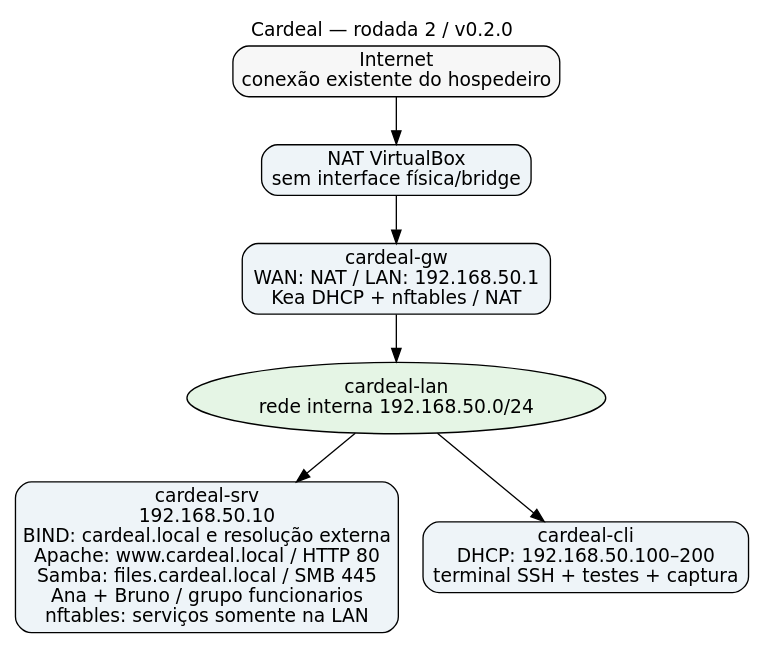
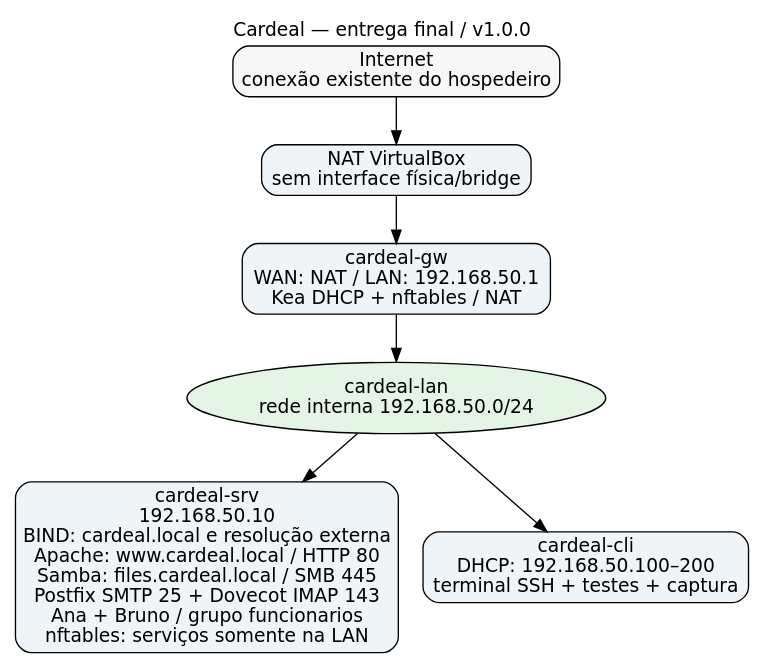
One commit to GabrielGalski/Redes changed the diagram in topologia/topologia.dot. Above: the diagram before and after it, drawn with Graphviz. The commit also changed 125 other files, not shown here.

```diff
--- a/topologia/topologia.dot
+++ b/topologia/topologia.dot
@@ -1,16 +1,16 @@
 digraph Cardeal {
-    graph [rankdir=TB, bgcolor="white", label="Cardeal — rodada 2 / v0.2.0", labelloc=t, fontname="DejaVu Sans"];
+    graph [rankdir=TB, bgcolor="white", label="Cardeal — entrega final / v1.0.0", labelloc=t, fontname="DejaVu Sans"];
     node [shape=box, style="rounded,filled", fillcolor="#eef4f8", fontname="DejaVu Sans"];
     edge [fontname="DejaVu Sans", fontsize=10];
     internet [label="Internet\nconexão existente do hospedeiro", fillcolor="#f7f7f7"];
     nat [label="NAT VirtualBox\nsem interface física/bridge"];
     gw [label="cardeal-gw\nWAN: NAT / LAN: 192.168.50.1\nKea DHCP + nftables / NAT"];
     lan [label="cardeal-lan\nrede interna 192.168.50.0/24", shape=ellipse, fillcolor="#e5f5e5"];
-    srv [label="cardeal-srv\n192.168.50.10\nBIND: cardeal.local e resolução externa\nApache: www.cardeal.local / HTTP 80\nSamba: files.cardeal.local / SMB 445\nAna + Bruno / grupo funcionarios\nnftables: serviços somente na LAN"];
+    srv [label="cardeal-srv\n192.168.50.10\nBIND: cardeal.local e resolução externa\nApache: www.cardeal.local / HTTP 80\nSamba: files.cardeal.local / SMB 445\nPostfix SMTP 25 + Dovecot IMAP 143\nAna + Bruno / grupo funcionarios\nnftables: serviços somente na LAN"];
     cli [label="cardeal-cli\nDHCP: 192.168.50.100–200\nterminal SSH + testes + captura"];
     internet -> nat;
     nat -> gw;
     gw -> lan;
     lan -> srv;
     lan -> cli;
 }
```
